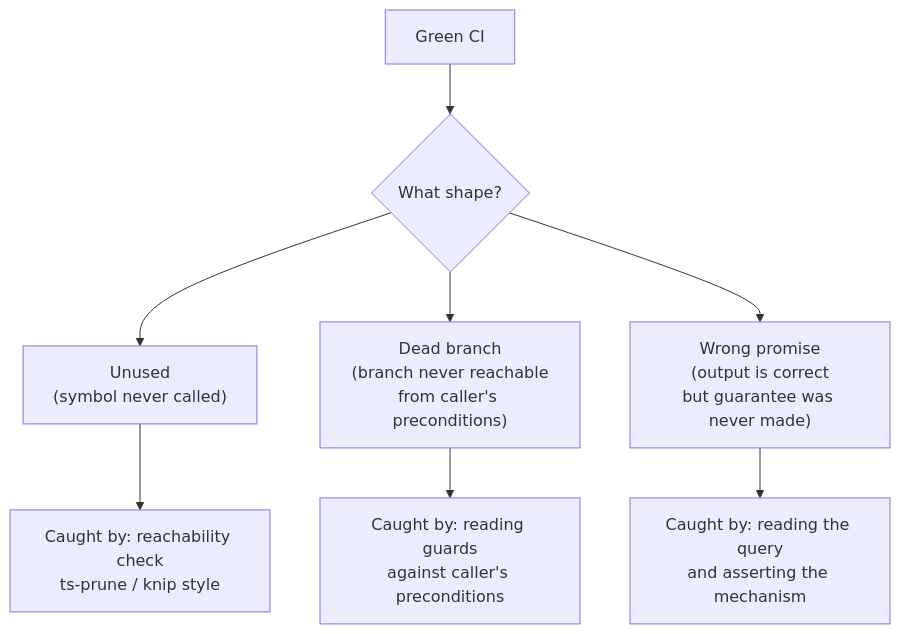
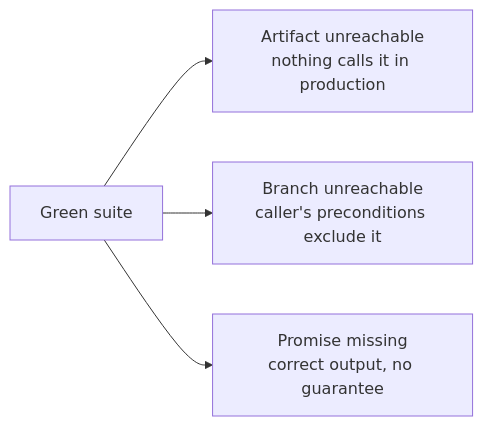
Before and after one commit to stemolly/wiki: the second of 2 diagrams in src/content/docs/engineering/testing.md, drawn with Mermaid. The commit also changed other lines of this file and 23 other files, not shown here.

````diff
--- a/src/content/docs/engineering/testing.md
+++ b/src/content/docs/engineering/testing.md
@@ -96,10 +149,6 @@
 ```mermaid
-flowchart TD
-    A["Green CI"] --> B{"What shape?"}
-    B --> C["Unused<br/>(symbol never called)"]
-    B --> D["Dead branch<br/>(branch never reachable<br/>from caller's preconditions)"]
-    B --> E["Wrong promise<br/>(output is correct<br/>but guarantee was never made)"]
-    C --> F["Caught by: reachability check<br/>ts-prune / knip style"]
-    D --> G["Caught by: reading guards<br/>against caller's preconditions"]
-    E --> H["Caught by: reading the query<br/>and asserting the mechanism"]
+graph LR
+    G["Green suite"] --> U["Artifact unreachable<br/>nothing calls it in production"]
+    G --> B["Branch unreachable<br/>caller's preconditions exclude it"]
+    G --> P["Promise missing<br/>correct output, no guarantee"]
 ```
````
